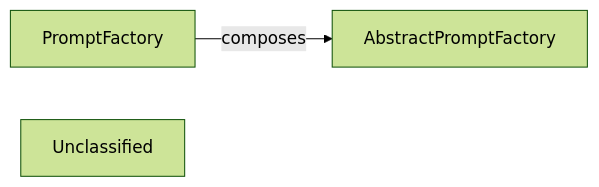
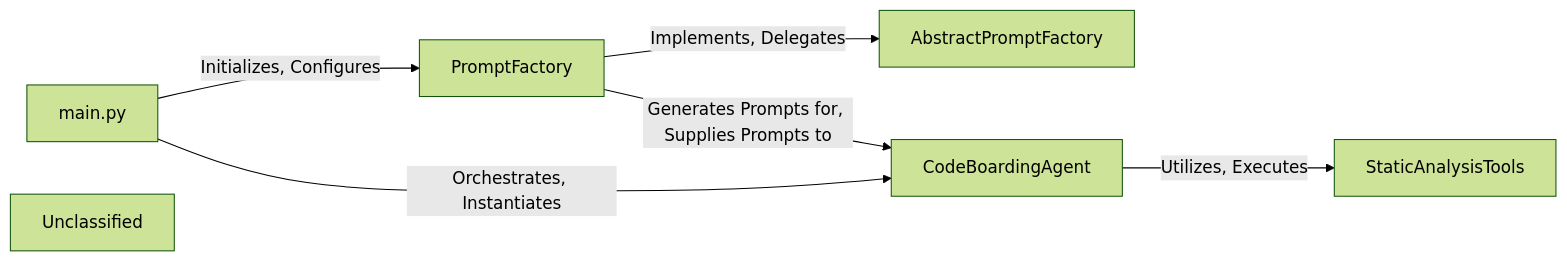
One commit to CodeBoarding/CodeBoarding changed the diagram in .codeboarding/LLM_Prompt_Factory.md. Above: the diagram before and after it, drawn with Mermaid (forest theme). The commit also changed other lines of this file and 17 other files, not shown here.

First line of the commit message:
docs: update codeboarding documentation and generate architecture

````diff
--- a/.codeboarding/LLM_Prompt_Factory.md
+++ b/.codeboarding/LLM_Prompt_Factory.md
@@ -1,7 +1,14 @@
 ```mermaid
 graph LR
+    main_py["main.py"]
+    PromptFactory["PromptFactory"]
     AbstractPromptFactory["AbstractPromptFactory"]
-    PromptFactory["PromptFactory"]
+    CodeBoardingAgent["CodeBoardingAgent"]
+    StaticAnalysisTools["StaticAnalysisTools"]
     Unclassified["Unclassified"]
-    PromptFactory -- "composes" --> AbstractPromptFactory
+    main_py -- "Initializes, Configures" --> PromptFactory
+    main_py -- "Orchestrates, Instantiates" --> CodeBoardingAgent
+    PromptFactory -- "Implements, Delegates" --> AbstractPromptFactory
+    PromptFactory -- "Generates Prompts for, Supplies Prompts to" --> CodeBoardingAgent
+    CodeBoardingAgent -- "Utilizes, Executes" --> StaticAnalysisTools
 ```
````
